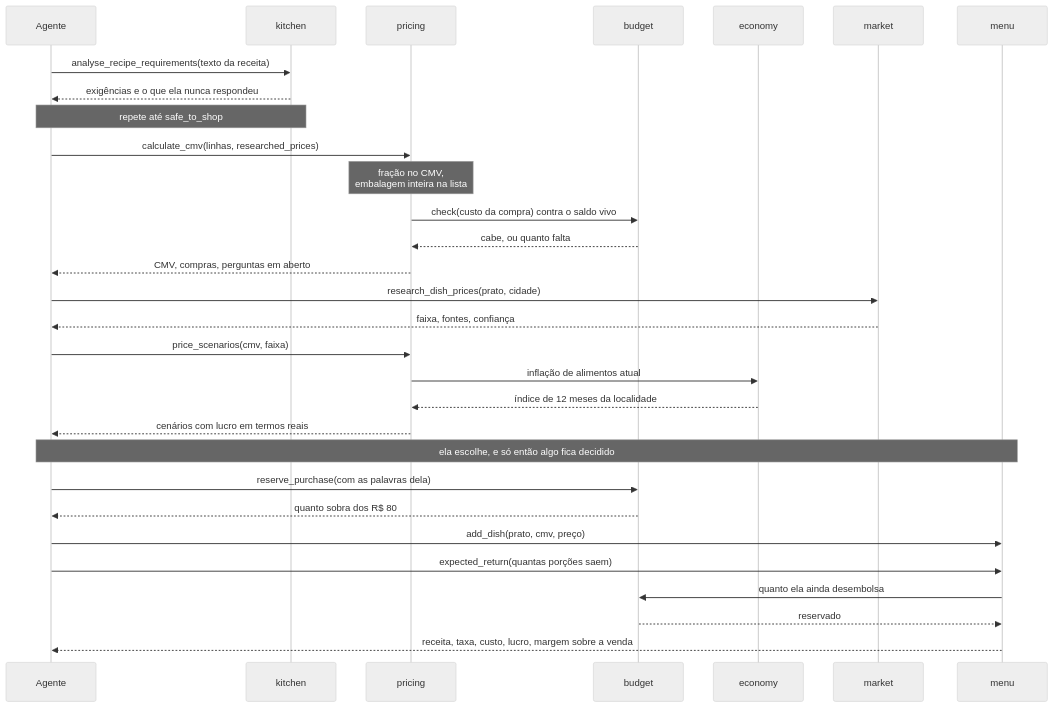
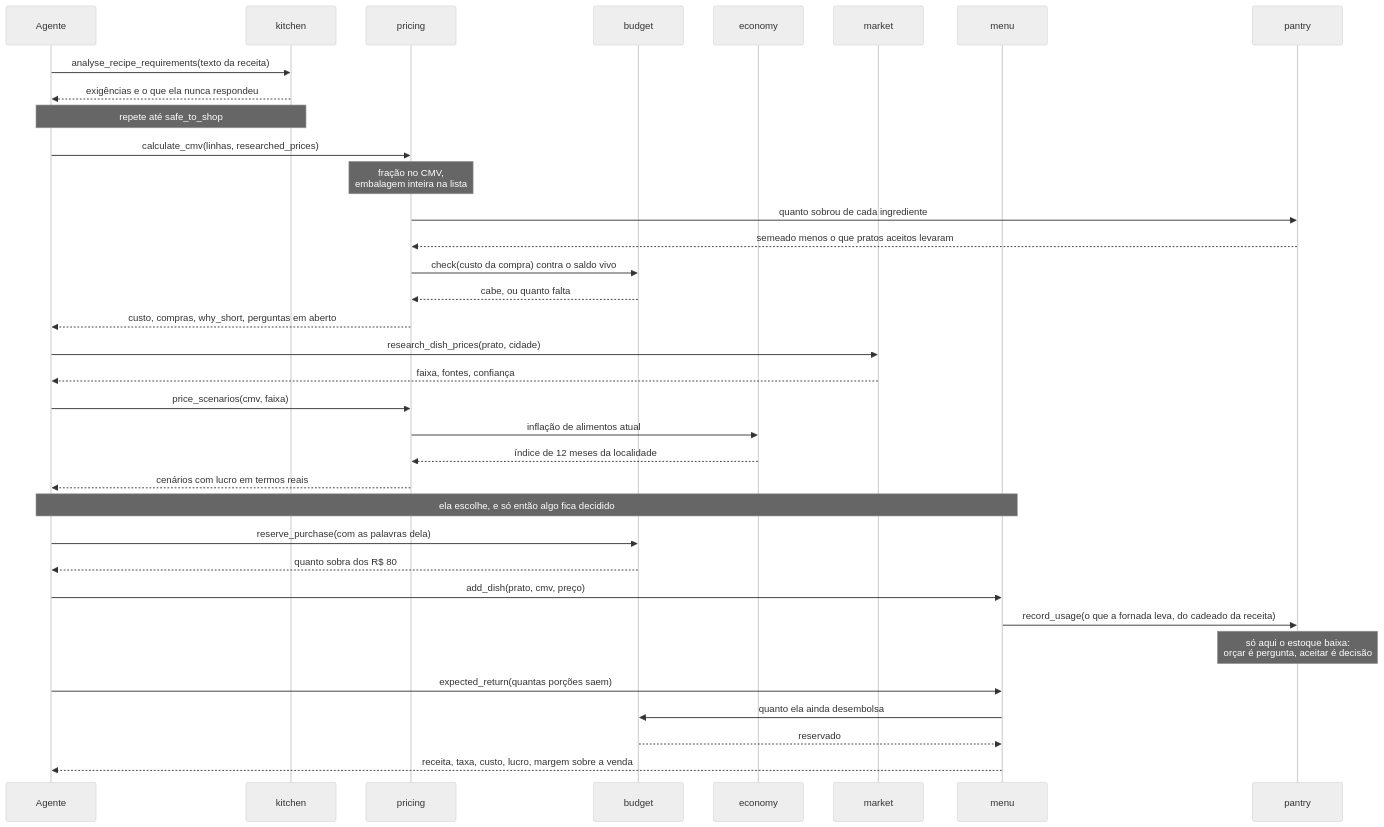
The fifth of 6 diagrams in docs/arquitetura.md (lrdsouza/jacquinho), drawn with Mermaid (neutral theme) before and after one commit. The commit also changed other lines of this file and 25 other files, not shown here.

````diff
--- a/docs/arquitetura.md
+++ b/docs/arquitetura.md
@@ -179,34 +186,39 @@
 ```mermaid
 sequenceDiagram
     participant A as Agente
     participant K as kitchen
     participant P as pricing
     participant B as budget
     participant E as economy
     participant Mk as market
     participant Mn as menu
+    participant Pt as pantry
 
     A->>K: analyse_recipe_requirements(texto da receita)
     K-->>A: exigências e o que ela nunca respondeu
     Note over A,K: repete até safe_to_shop
     A->>P: calculate_cmv(linhas, researched_prices)
     Note over P: fração no CMV,<br/>embalagem inteira na lista
+    P->>Pt: quanto sobrou de cada ingrediente
+    Pt-->>P: semeado menos o que pratos aceitos levaram
     P->>B: check(custo da compra) contra o saldo vivo
     B-->>P: cabe, ou quanto falta
-    P-->>A: CMV, compras, perguntas em aberto
+    P-->>A: custo, compras, why_short, perguntas em aberto
     A->>Mk: research_dish_prices(prato, cidade)
     Mk-->>A: faixa, fontes, confiança
     A->>P: price_scenarios(cmv, faixa)
     P->>E: inflação de alimentos atual
     E-->>P: índice de 12 meses da localidade
     P-->>A: cenários com lucro em termos reais
 
     Note over A,Mn: ela escolhe, e só então algo fica decidido
     A->>B: reserve_purchase(com as palavras dela)
     B-->>A: quanto sobra dos R$ 80
     A->>Mn: add_dish(prato, cmv, preço)
+    Mn->>Pt: record_usage(o que a fornada leva, do cadeado da receita)
+    Note over Pt: só aqui o estoque baixa:<br/>orçar é pergunta, aceitar é decisão
     A->>Mn: expected_return(quantas porções saem)
     Mn->>B: quanto ela ainda desembolsa
     B-->>Mn: reservado
     Mn-->>A: receita, taxa, custo, lucro, margem sobre a venda
 ```
````
